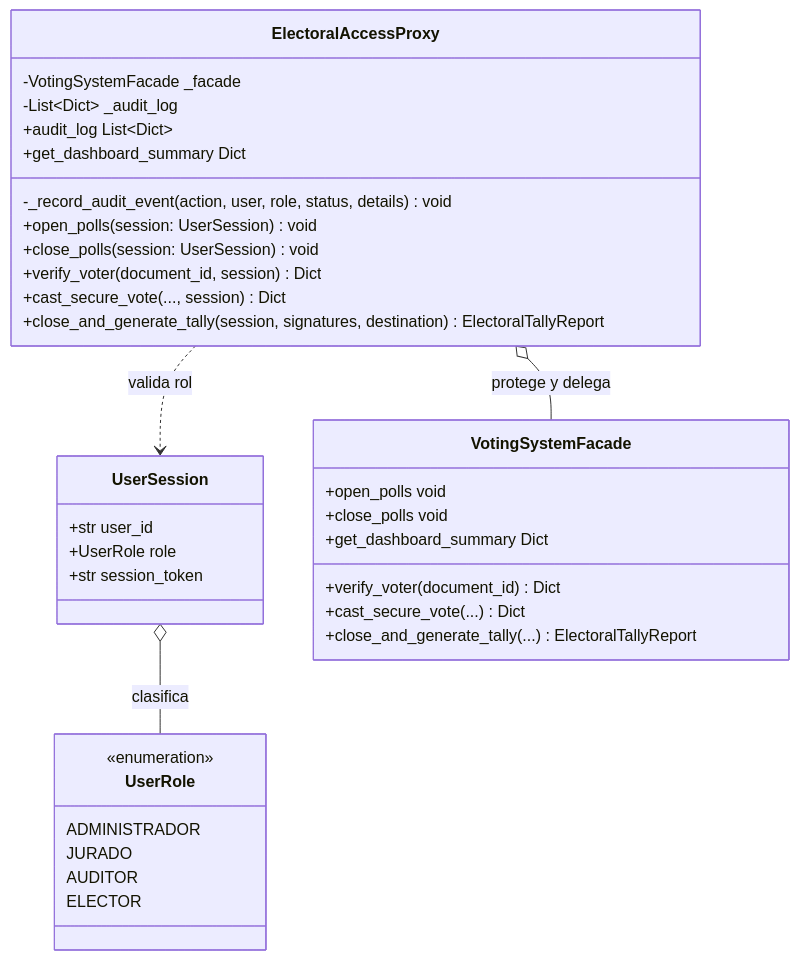
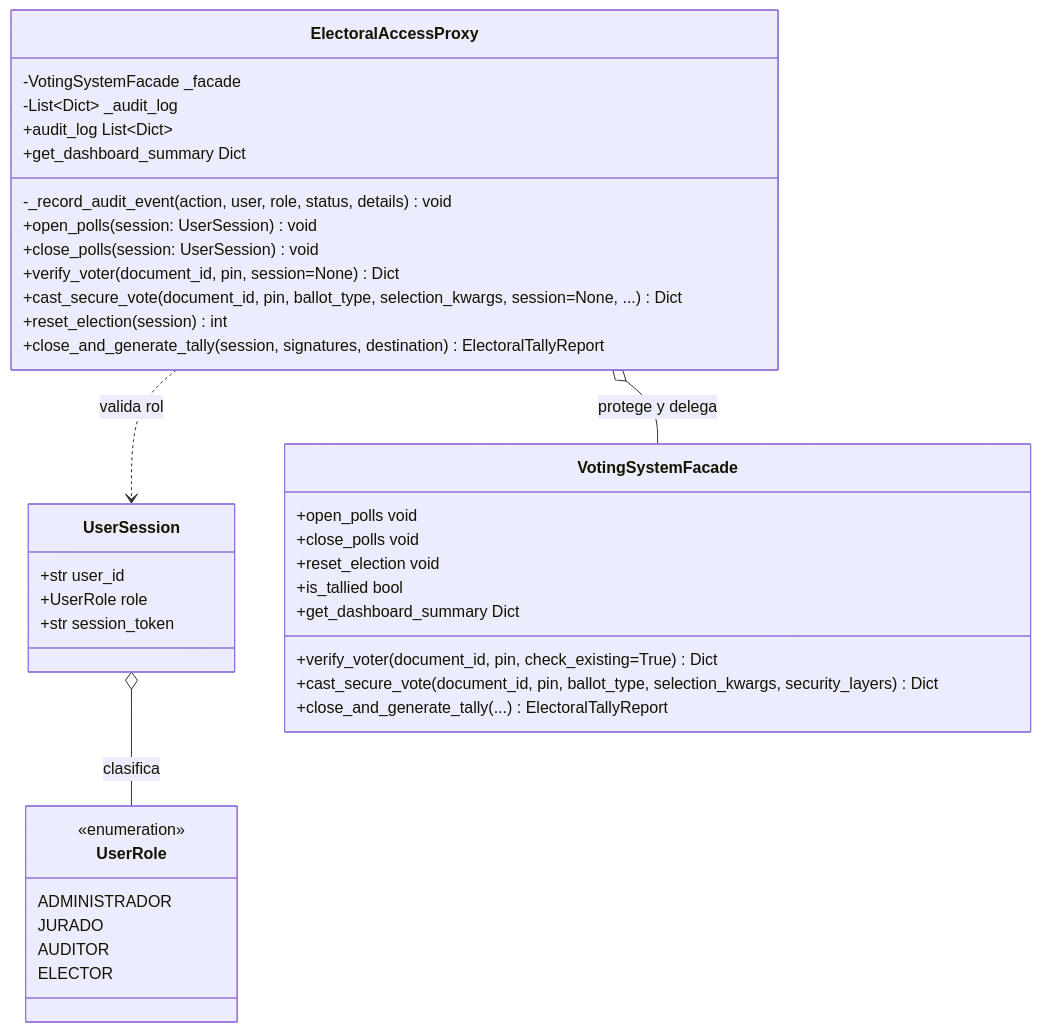
One commit to yesidexe/pdsa194 changed the first of 2 diagrams in docs/avances/patron_proxy_flyweight.md. Above: the diagram before and after it, drawn with Mermaid. The commit also changed other lines of this file and 9 other files, not shown here.

````diff
--- a/docs/avances/patron_proxy_flyweight.md
+++ b/docs/avances/patron_proxy_flyweight.md
@@ -54,47 +54,50 @@
 ```mermaid
 classDiagram
     direction TB
 
     %% Contexto de Sesión
     class UserRole {
         <<enumeration>>
         ADMINISTRADOR
         JURADO
         AUDITOR
         ELECTOR
     }
 
     class UserSession {
         +str user_id
         +UserRole role
         +str session_token
     }
 
     %% Sujeto Real (RealSubject)
     class VotingSystemFacade {
         +open_polls void
         +close_polls void
-        +verify_voter(document_id) Dict
-        +cast_secure_vote(...) Dict
+        +verify_voter(document_id, pin, check_existing=True) Dict
+        +cast_secure_vote(document_id, pin, ballot_type, selection_kwargs, security_layers) Dict
+        +reset_election void
+        +is_tallied bool
         +close_and_generate_tally(...) ElectoralTallyReport
         +get_dashboard_summary Dict
     }
 
     %% Sustituto Protector (Proxy)
     class ElectoralAccessProxy {
         -VotingSystemFacade _facade
         -List~Dict~ _audit_log
         +audit_log List~Dict~
         -_record_audit_event(action, user, role, status, details) void
         +open_polls(session: UserSession) void
         +close_polls(session: UserSession) void
-        +verify_voter(document_id, session) Dict
-        +cast_secure_vote(..., session) Dict
+        +verify_voter(document_id, pin, session=None) Dict
+        +cast_secure_vote(document_id, pin, ballot_type, selection_kwargs, session=None, ...) Dict
+        +reset_election(session) int
         +close_and_generate_tally(session, signatures, destination) ElectoralTallyReport
         +get_dashboard_summary Dict
     }
 
     ElectoralAccessProxy o-- VotingSystemFacade : protege y delega
     ElectoralAccessProxy ..> UserSession : valida rol
     UserSession o-- UserRole : clasifica
 ```
````
